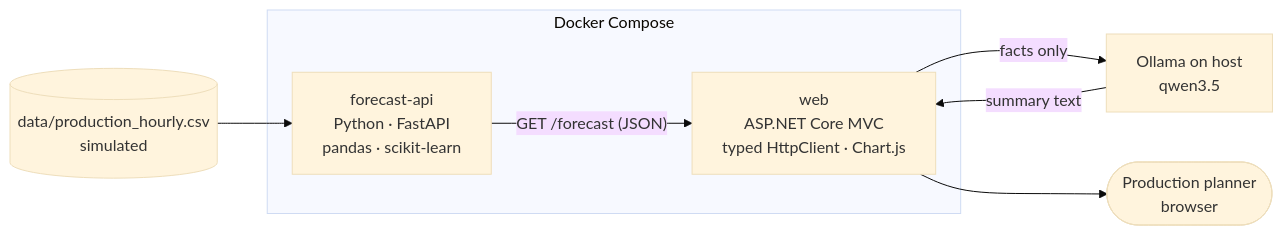
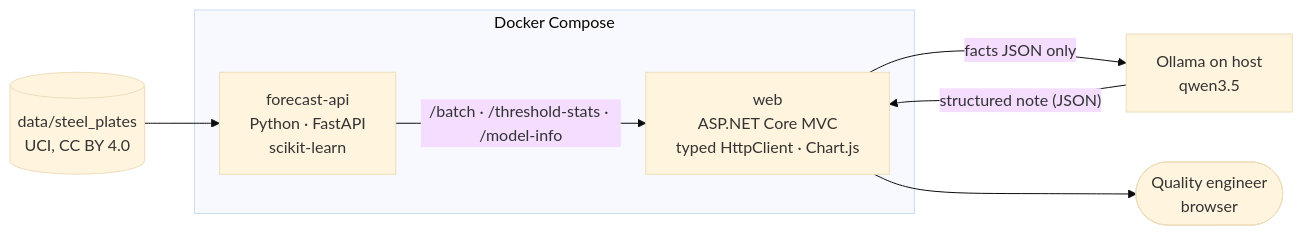
Before and after one commit to chris-loog/steel-defect-triage: the diagram in README.md, drawn with Mermaid (base theme). The commit also changed other lines of this file and 6 other files, not shown here.

````diff
--- a/README.md
+++ b/README.md
@@ -29,16 +32,16 @@
 ```mermaid
 flowchart LR
-    CSV[("data/production_hourly.csv<br/>simulated")]
+    DATA[("data/steel_plates<br/>UCI, CC BY 4.0")]
     subgraph compose["Docker Compose"]
-        PY["forecast-api<br/>Python · FastAPI<br/>pandas · scikit-learn"]
+        PY["forecast-api<br/>Python · FastAPI<br/>scikit-learn"]
         WEB["web<br/>ASP.NET Core MVC<br/>typed HttpClient · Chart.js"]
     end
     LLM["Ollama on host<br/>qwen3.5"]
-    USER(["Production planner<br/>browser"])
+    USER(["Quality engineer<br/>browser"])
 
-    CSV --> PY
-    PY -- "GET /forecast (JSON)" --> WEB
-    WEB -- "facts only" --> LLM
-    LLM -- "summary text" --> WEB
+    DATA --> PY
+    PY -- "/batch · /threshold-stats · /model-info" --> WEB
+    WEB -- "facts JSON only" --> LLM
+    LLM -- "structured note (JSON)" --> WEB
     WEB --> USER
 ```
````
